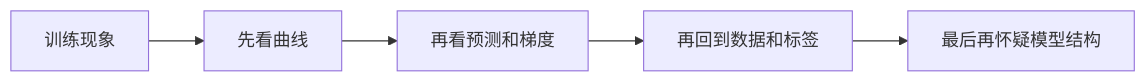
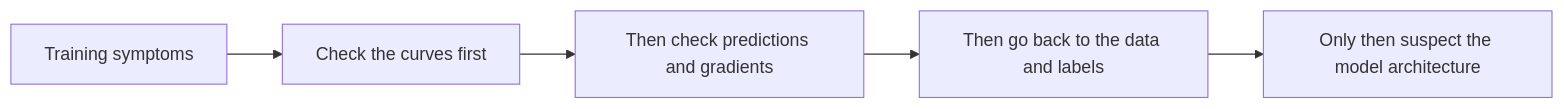
One commit to oudbiao/AI-fullstack-course changed the diagram in docs/ch06-deep-learning/ch07-training-tips/02-training-diagnosis.md. Above: the diagram before and after it, drawn with Mermaid. The commit also changed other lines of this file and 1406 other files, not shown here.

````diff
--- a/docs/ch06-deep-learning/ch07-training-tips/02-training-diagnosis.md
+++ b/docs/ch06-deep-learning/ch07-training-tips/02-training-diagnosis.md
@@ -45,7 +45,7 @@
 ```mermaid
 flowchart LR
-    A["训练现象"] --> B["先看曲线"]
-    B --> C["再看预测和梯度"]
-    C --> D["再回到数据和标签"]
-    D --> E["最后再怀疑模型结构"]
+    A["Training symptoms"] --> B["Check the curves first"]
+    B --> C["Then check predictions and gradients"]
+    C --> D["Then go back to the data and labels"]
+    D --> E["Only then suspect the model architecture"]
 ```
````
